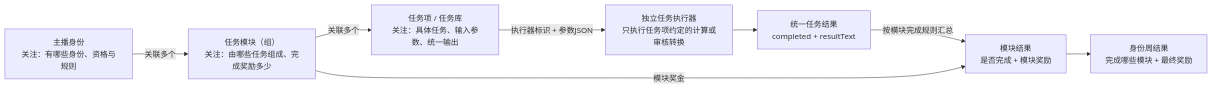
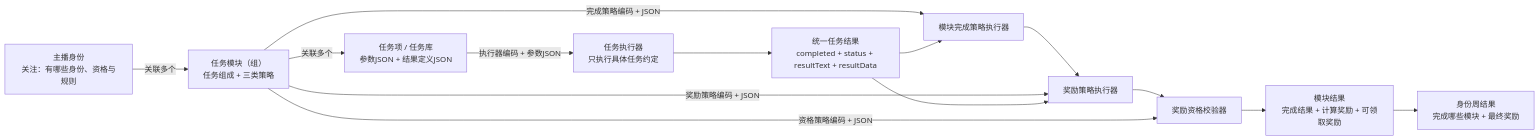
Before and after one commit to lxw13000/sano-pm: the first of 5 diagrams in sano用户任务体系/需求文档/用户身份任务体系.md, drawn with Mermaid. The commit also changed other lines of this file and 29 other files, not shown here.

````diff
--- a/sano用户任务体系/需求文档/用户身份任务体系.md
+++ b/sano用户任务体系/需求文档/用户身份任务体系.md
@@ -95,18 +99,27 @@
 ```mermaid
 flowchart LR
     Identity["主播身份<br/>关注：有哪些身份、资格与规则"]
-    Module["任务模块（组）<br/>关注：由哪些任务组成、完成奖励多少"]
-    Task["任务项 / 任务库<br/>关注：具体任务、输入参数、统一输出"]
-    Executor["独立任务执行器<br/>只执行任务项约定的计算或审核转换"]
-    Result["统一任务结果<br/>completed + resultText"]
-    ModuleResult["模块结果<br/>是否完成 + 模块奖励"]
+    Module["任务模块（组）<br/>任务组成 + 三类策略"]
+    Task["任务项 / 任务库<br/>参数JSON + 结果定义JSON"]
+    TaskExecutor["任务执行器<br/>只执行具体任务约定"]
+    TaskResult["统一任务结果<br/>completed + status + resultText + resultData"]
+    CompletionExecutor["模块完成策略执行器"]
+    RewardExecutor["奖励策略执行器"]
+    Eligibility["奖励资格校验器"]
+    ModuleResult["模块结果<br/>完成结果 + 计算奖励 + 可领取奖励"]
     WeeklyResult["身份周结果<br/>完成哪些模块 + 最终奖励"]
 
     Identity -->|"关联多个"| Module
     Module -->|"关联多个"| Task
-    Task -->|"执行器标识 + 参数JSON"| Executor
-    Executor --> Result
-    Result -->|"按模块完成规则汇总"| ModuleResult
-    Module -->|"模块奖金"| ModuleResult
+    Task -->|"执行器编码 + 参数JSON"| TaskExecutor
+    TaskExecutor --> TaskResult
+    Module -->|"完成策略编码 + JSON"| CompletionExecutor
+    TaskResult --> CompletionExecutor
+    CompletionExecutor --> RewardExecutor
+    Module -->|"奖励策略编码 + JSON"| RewardExecutor
+    TaskResult --> RewardExecutor
+    RewardExecutor --> Eligibility
+    Module -->|"资格策略编码 + JSON"| Eligibility
+    Eligibility --> ModuleResult
     ModuleResult --> WeeklyResult
 ```
````
